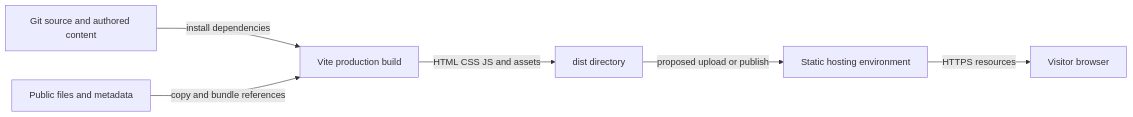
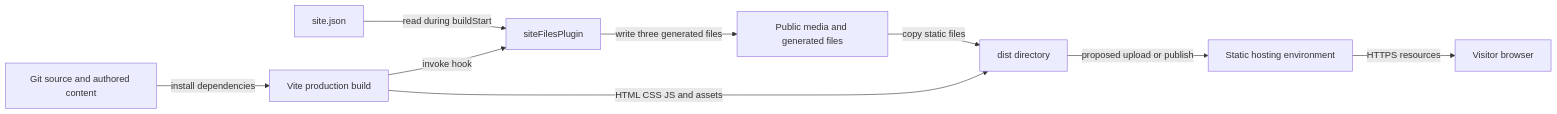
Before and after one commit to ru5iru/rusiru: the diagram in docs/08-operations.md, drawn with Mermaid. The commit also changed other lines of this file and 12 other files, not shown here.

````diff
--- a/docs/08-operations.md
+++ b/docs/08-operations.md
@@ -17,8 +19,11 @@
 ```mermaid
 flowchart LR
     Source[Git source and authored content] -->|install dependencies| Build[Vite production build]
-    Public[Public files and metadata] -->|copy and bundle references| Build
+    Config[site.json] -->|read during buildStart| Generator[siteFilesPlugin]
+    Build -->|invoke hook| Generator
+    Generator -->|write three generated files| Public[Public media and generated files]
+    Public -->|copy static files| Artifact
     Build -->|HTML CSS JS and assets| Artifact[dist directory]
     Artifact -->|proposed upload or publish| Host[Static hosting environment]
     Host -->|HTTPS resources| Browser[Visitor browser]
 ```
````
